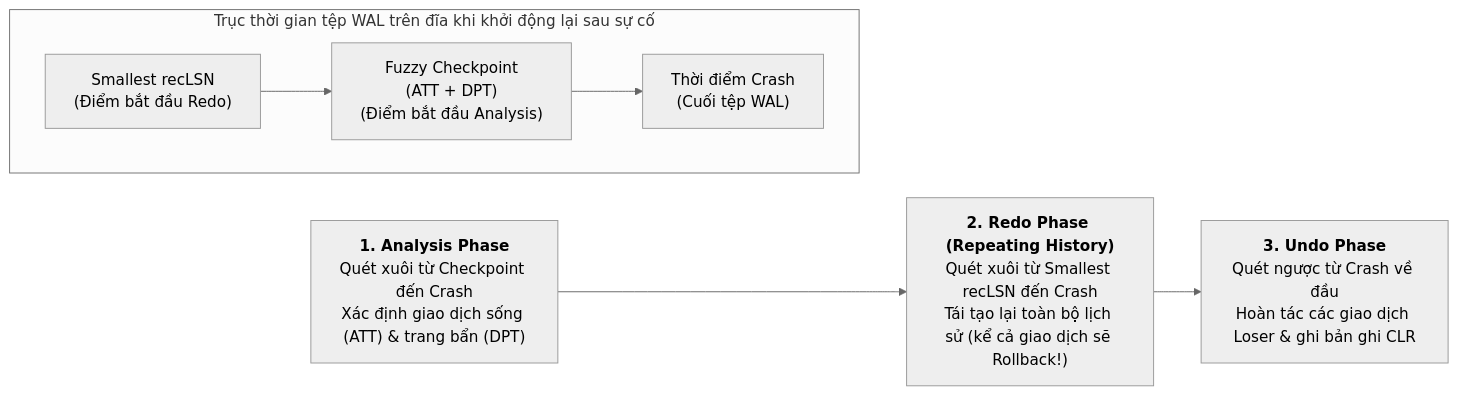
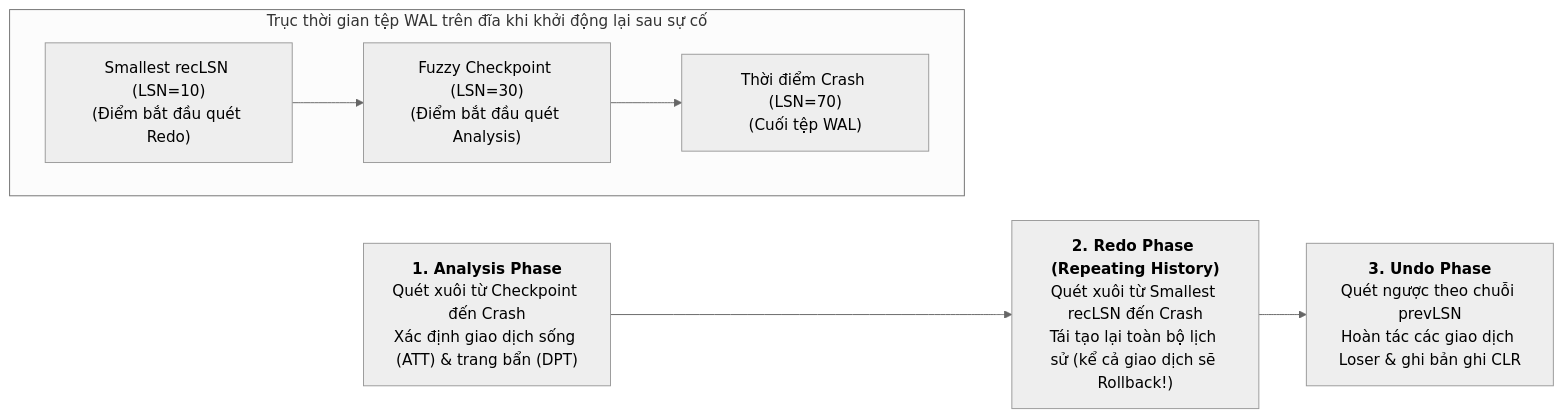
One commit to namaewanam/namaewanam.github.io changed the first of 3 diagrams in docs/Database-Internals-Notes/database-internals-chapter5.vi.md. Above: the diagram before and after it, drawn with Mermaid (neutral theme). The commit also changed other lines of this file and 29 other files, not shown here.

````diff
--- a/docs/Database-Internals-Notes/database-internals-chapter5.vi.md
+++ b/docs/Database-Internals-Notes/database-internals-chapter5.vi.md
@@ -81,14 +183,14 @@
 ```mermaid
 flowchart LR
     subgraph WALTimeline["Trục thời gian tệp WAL trên đĩa khi khởi động lại sau sự cố"]
         direction LR
-        RecLSN["Smallest recLSN<br/>(Điểm bắt đầu Redo)"] --> Checkpoint["Fuzzy Checkpoint<br/>(ATT + DPT)<br/>(Điểm bắt đầu Analysis)"]
-        Checkpoint --> Crash["Thời điểm Crash<br/>(Cuối tệp WAL)"]
+        RecLSN["Smallest recLSN (LSN=10)<br/>(Điểm bắt đầu quét Redo)"] --> Checkpoint["Fuzzy Checkpoint (LSN=30)<br/>(Điểm bắt đầu quét Analysis)"]
+        Checkpoint --> Crash["Thời điểm Crash (LSN=70)<br/>(Cuối tệp WAL)"]
     end
 
     Analysis["<b>1. Analysis Phase</b><br/>Quét xuôi từ Checkpoint đến Crash<br/>Xác định giao dịch sống (ATT) & trang bẩn (DPT)"]
     Redo["<b>2. Redo Phase (Repeating History)</b><br/>Quét xuôi từ Smallest recLSN đến Crash<br/>Tái tạo lại toàn bộ lịch sử (kể cả giao dịch sẽ Rollback!)"]
-    Undo["<b>3. Undo Phase</b><br/>Quét ngược từ Crash về đầu<br/>Hoàn tác các giao dịch Loser & ghi bản ghi CLR"]
+    Undo["<b>3. Undo Phase</b><br/>Quét ngược theo chuỗi prevLSN<br/>Hoàn tác các giao dịch Loser & ghi bản ghi CLR"]
 
     Analysis --> Redo --> Undo
 ```
````
